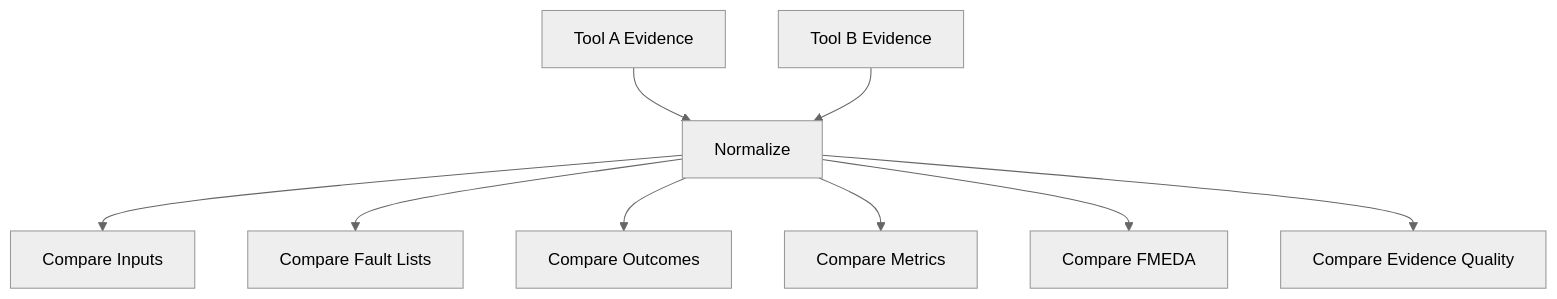
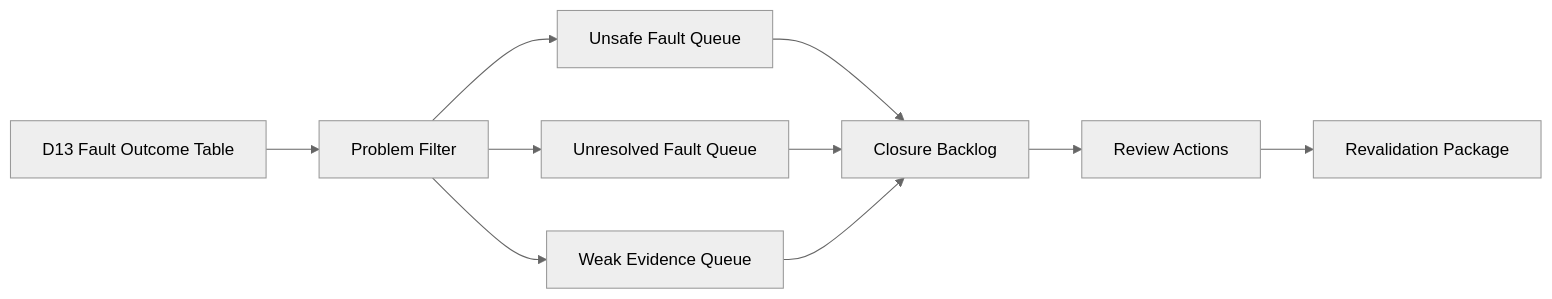
The fourth of 10 diagrams in articles/17_automotive_safeic_practice_d17_github_en_commercial_tool_comparison.md (qiqixixi1001/automotive-safeic-practice), drawn with Mermaid (neutral theme) before and after one commit. The commit also changed other lines of this file, not shown here.

````diff
--- a/articles/17_automotive_safeic_practice_d17_github_en_commercial_tool_comparison.md
+++ b/articles/17_automotive_safeic_practice_d17_github_en_commercial_tool_comparison.md
@@ -188,11 +193,12 @@
 ```mermaid
-flowchart TD
-    A[Tool A Evidence] --> C[Normalize]
-    B[Tool B Evidence] --> C
-    C --> D[Compare Inputs]
-    C --> E[Compare Fault Lists]
-    C --> F[Compare Outcomes]
-    C --> G[Compare Metrics]
-    C --> H[Compare FMEDA]
-    C --> I[Compare Evidence Quality]
+flowchart LR
+    A[D13 Fault Outcome Table] --> B[Problem Filter]
+    B --> C[Unsafe Fault Queue]
+    B --> D[Unresolved Fault Queue]
+    B --> E[Weak Evidence Queue]
+    C --> F[Closure Backlog]
+    D --> F
+    E --> F
+    F --> G[Review Actions]
+    G --> H[Revalidation Package]
 ```
````
